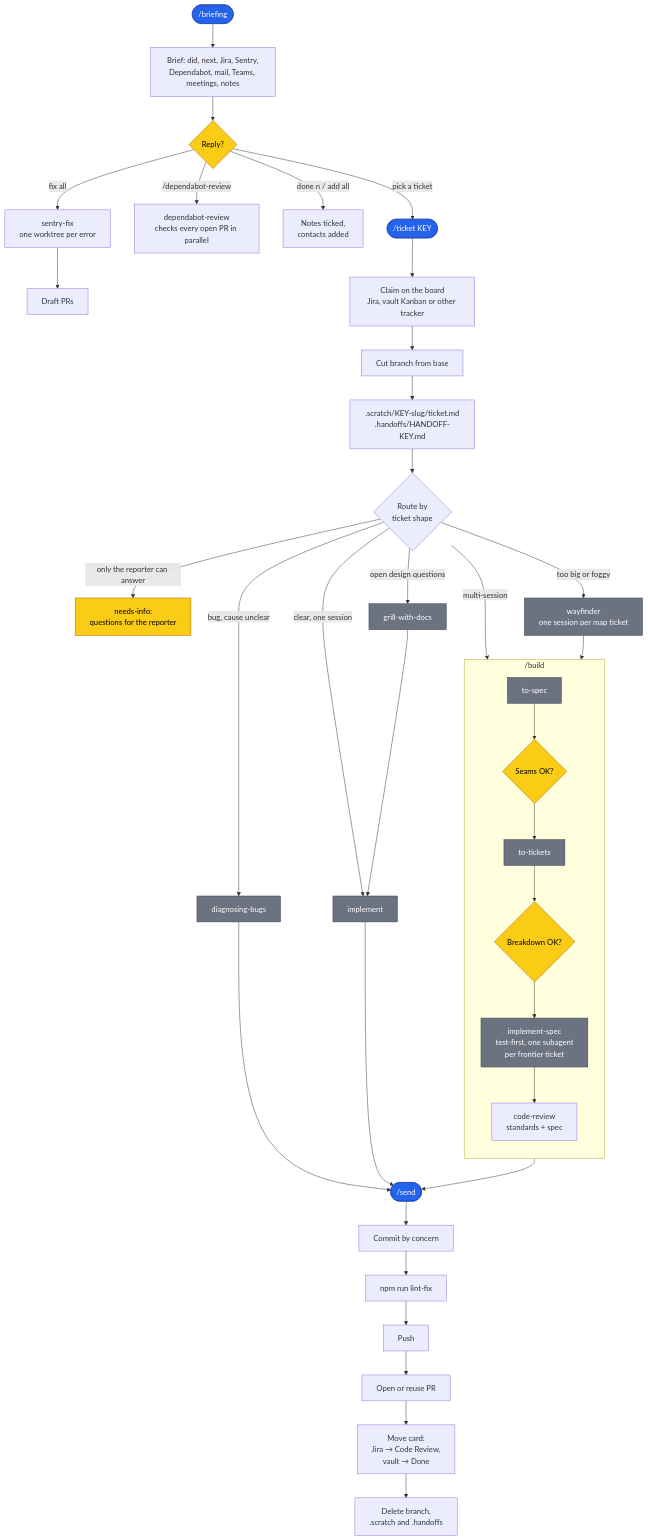
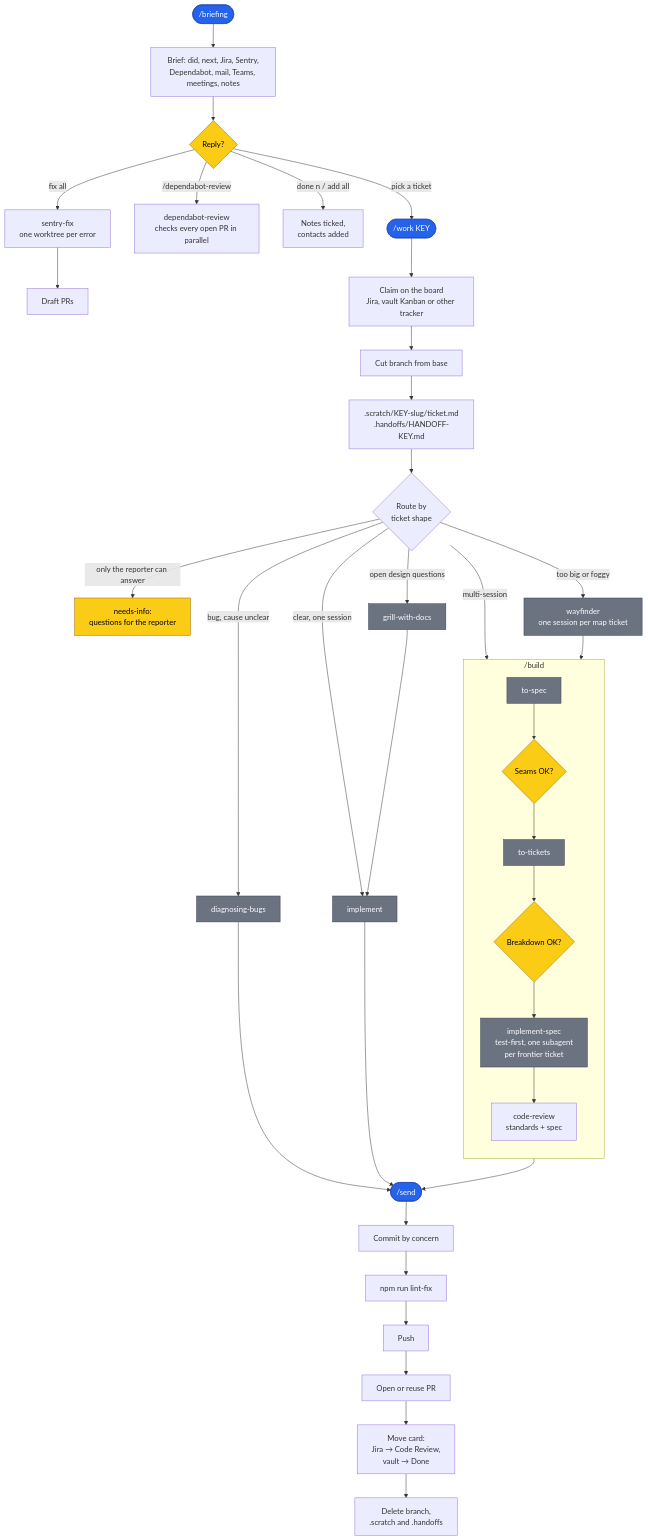
The diagram in README.md (QNeih/skills), drawn with Mermaid before and after one commit. The commit also changed other lines of this file and 26 other files, not shown here.

First line of the commit message:
Rename /ticket to /work and /create-ticket to /ticket

````diff
--- a/README.md
+++ b/README.md
@@ -21,44 +22,44 @@
 ```mermaid
 flowchart TD
     briefing(["/briefing"]):::cmd --> brief["Brief: did, next, Jira, Sentry,<br/>Dependabot, mail, Teams, meetings, notes"]
     brief --> reply{"Reply?"}:::gate
     reply -- "fix all" --> sentryfix["sentry-fix<br/>one worktree per error"] --> draftpr["Draft PRs"]
     reply -- "/dependabot-review" --> depreview["dependabot-review<br/>checks every open PR in parallel"]
     reply -- "done n / add all" --> vaultnotes["Notes ticked,<br/>contacts added"]
     reply -- "pick a ticket" --> ticket
 
-    ticket(["/ticket KEY"]):::cmd --> claim["Claim on the board<br/>Jira, vault Kanban or other tracker"]
+    ticket(["/work KEY"]):::cmd --> claim["Claim on the board<br/>Jira, vault Kanban or other tracker"]
     claim --> branch["Cut branch from base"]
     branch --> import[".scratch/KEY-slug/ticket.md<br/>.handoffs/HANDOFF-KEY.md"]
     import --> route{"Route by<br/>ticket shape"}
 
     route -- "only the reporter can answer" --> needsinfo["needs-info:<br/>questions for the reporter"]:::gate
     route -- "bug, cause unclear" --> diagnose["diagnosing-bugs"]:::pocock
     route -- "clear, one session" --> implement["implement"]:::pocock
     route -- "open design questions" --> grill["grill-with-docs"]:::pocock
     route -- "multi-session" --> build
     route -- "too big or foggy" --> wayfinder["wayfinder<br/>one session per map ticket"]:::pocock
 
     grill --> implement
     wayfinder --> build
 
     subgraph build ["/build"]
         direction TB
         spec["to-spec"]:::pocock --> seams{"Seams OK?"}:::gate
         seams --> tickets["to-tickets"]:::pocock --> breakdown{"Breakdown OK?"}:::gate
         breakdown --> implspec["implement-spec<br/>test-first, one subagent<br/>per frontier ticket"]:::pocock
         implspec --> review["code-review<br/>standards + spec"]
     end
 
     diagnose --> send
     implement --> send
     review --> send
 
     send(["/send"]):::cmd --> commit["Commit by concern"] --> lint["npm run lint-fix"] --> push["Push"]
     push --> pr["Open or reuse PR"] --> board["Move card:<br/>Jira → Code Review,<br/>vault → Done"]
     board --> cleanup["Delete branch,<br/>.scratch and .handoffs"]
 
     classDef cmd fill:#2563eb,stroke:#1e40af,color:#fff
     classDef gate fill:#facc15,stroke:#a16207,color:#000
     classDef pocock fill:#6b7280,stroke:#374151,color:#fff
 ```
````
